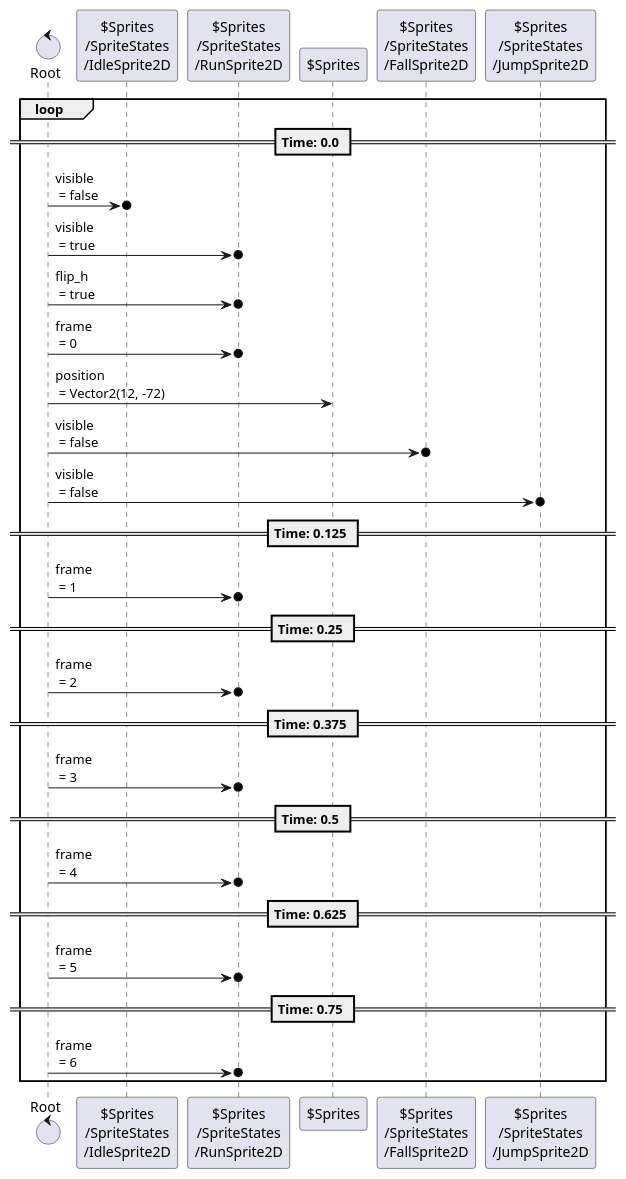
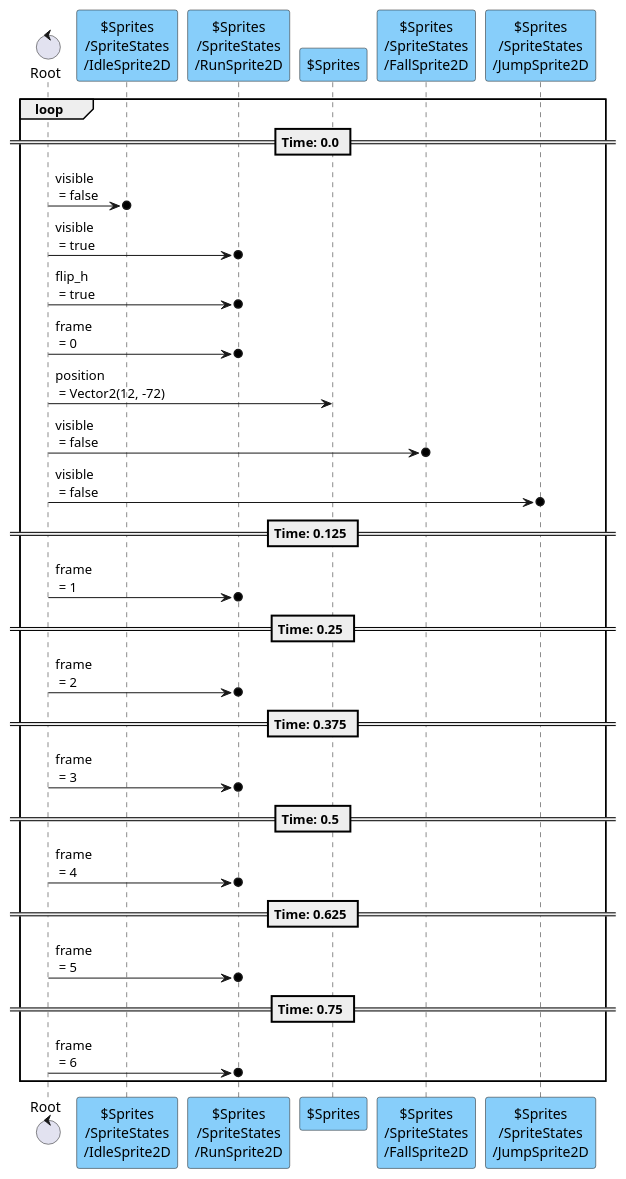
The ninth of 11 diagrams in content/scenes/src/player/player.tscn.adoc (tkmfujise/Platformer-Game-Learning), drawn with PlantUML before and after one commit. The commit also changed other lines of this file and 67 other files, not shown here.

```diff
--- a/content/scenes/src/player/player.tscn.adoc
+++ b/content/scenes/src/player/player.tscn.adoc
@@ -559,34 +559,34 @@
 [plantuml]
 ....
 control "Root" as R
-participant "$Sprites\n/SpriteStates\n/IdleSprite2D" as T0
-participant "$Sprites\n/SpriteStates\n/RunSprite2D" as T1
-participant "$Sprites" as T4
-participant "$Sprites\n/SpriteStates\n/FallSprite2D" as T5
-participant "$Sprites\n/SpriteStates\n/JumpSprite2D" as T6
+participant "$Sprites\n/SpriteStates\n/IdleSprite2D" as T0 #87CEFA
+participant "$Sprites\n/SpriteStates\n/RunSprite2D" as T1 #87CEFA
+participant "$Sprites" as T4 #87CEFA
+participant "$Sprites\n/SpriteStates\n/FallSprite2D" as T5 #87CEFA
+participant "$Sprites\n/SpriteStates\n/JumpSprite2D" as T6 #87CEFA
 
 
 loop
 == Time: 0.0 ==
 R  ->o  T0 : visible\n = false
 R  ->o  T1 : visible\n = true
 R  ->o  T1 : flip_h\n = true
 R  ->o  T1 : frame\n = 0
 R  ->  T4 : position\n = Vector2(12, -72)
 R  ->o  T5 : visible\n = false
 R  ->o  T6 : visible\n = false
 == Time: 0.125 ==
 R  ->o  T1 : frame\n = 1
 == Time: 0.25 ==
 R  ->o  T1 : frame\n = 2
 == Time: 0.375 ==
 R  ->o  T1 : frame\n = 3
 == Time: 0.5 ==
 R  ->o  T1 : frame\n = 4
 == Time: 0.625 ==
 R  ->o  T1 : frame\n = 5
 == Time: 0.75 ==
 R  ->o  T1 : frame\n = 6
 
 end
 ....
```
